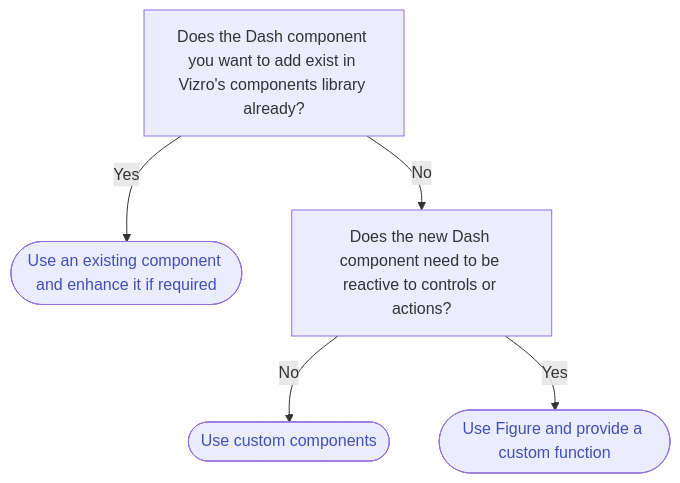
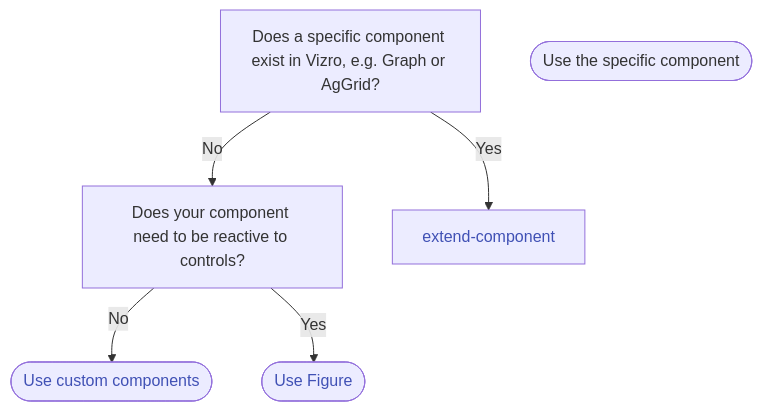
Before and after one commit to mckinsey/vizro: the diagram in vizro-core/docs/pages/user-guides/figure.md, drawn with Mermaid.

````diff
--- a/vizro-core/docs/pages/user-guides/figure.md
+++ b/vizro-core/docs/pages/user-guides/figure.md
@@ -15,19 +15,19 @@
 ``` mermaid
 graph TD
-  first["`Does the Dash component you want to add exist in Vizro's components library already?`"]
-  extend-component([Use an existing component and enhance it if required])
-  second["`Does the new Dash component need to be reactive to controls or actions?`"]
+  first["`Does a specific component exist in Vizro, e.g. Graph or AgGrid?`"]
+  specific-component([Use the specific component])
+  second["`Does your component need to be reactive to controls?`"]
   second-static([Use custom components])
-  second-reactive([Use Figure and provide a custom function])
+  second-reactive([Use Figure])
 
   first -- Yes --> extend-component
   first -- No --> second
   second -- No --> second-static
   second -- Yes --> second-reactive
 
   click extend-component href "../custom-components/#extend-an-existing-component"
   click second-static href "../custom-components/#create-a-new-component"
   click second-reactive href "#how-to-use-figures"
 
   classDef clickable color:#4051b5;
 ```
````
